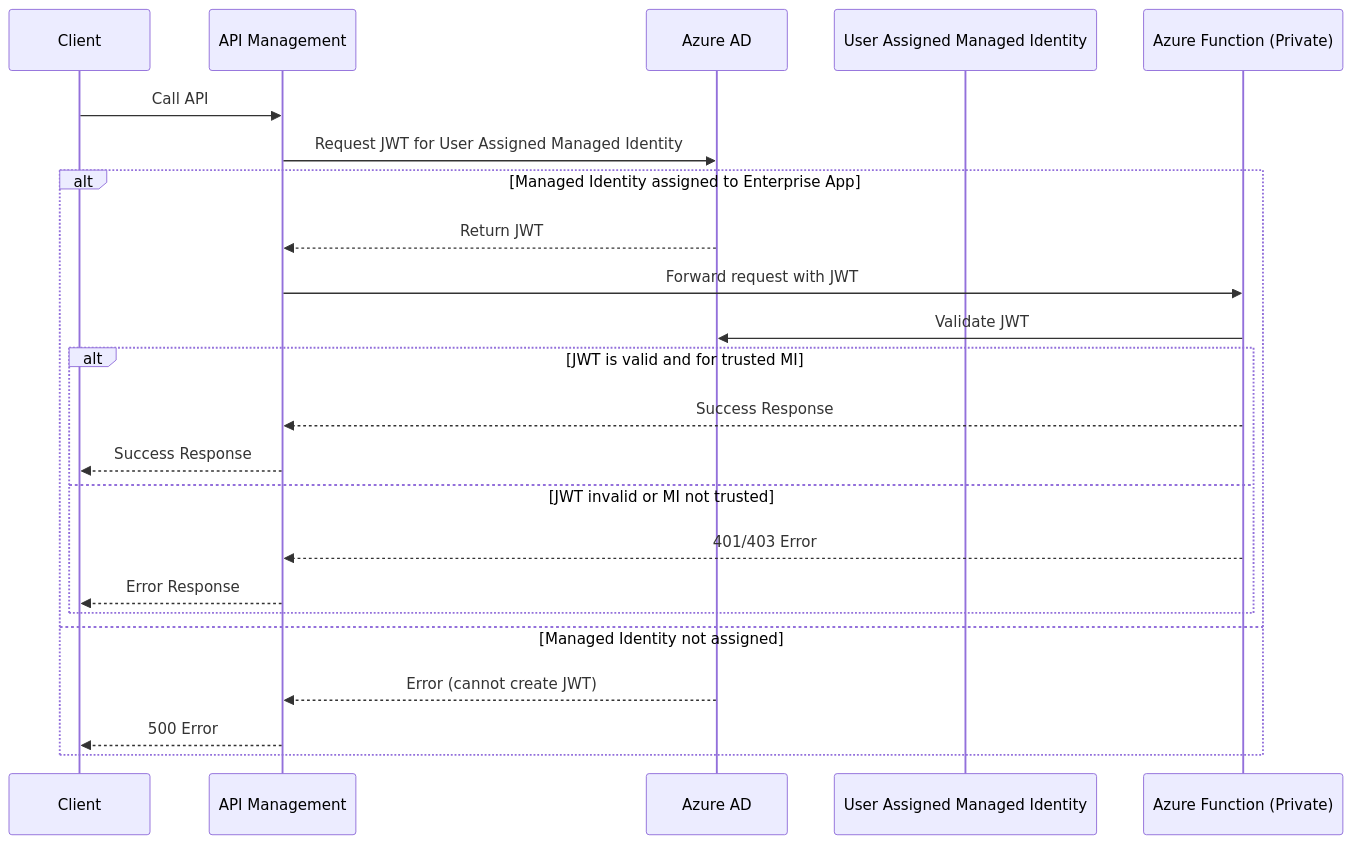
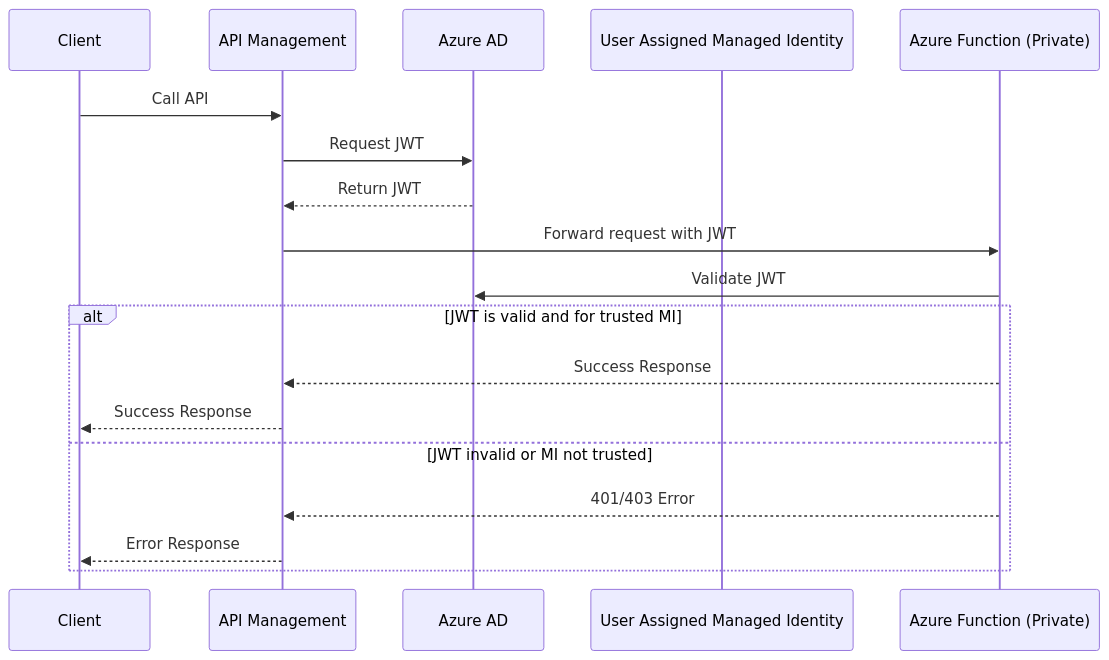
Before and after one commit to rukasakurai/apim-managed-identity-functions-containerapps: the diagram in apim-to-function.md, drawn with Mermaid. The commit also changed other lines of this file and 3 other files, not shown here.

Commit message:
Refactor scripts and documentation for Azure Function integration with APIM, including app role management and Easy Auth configuration updates.

````diff
--- a/apim-to-function.md
+++ b/apim-to-function.md
@@ -7,26 +7,21 @@
 ```mermaid
 sequenceDiagram
     participant Client
     participant APIM as API Management
     participant AAD as Azure AD
     participant MI as User Assigned Managed Identity
     participant Function as Azure Function (Private)
 
     Client->>APIM: Call API
-    APIM->>AAD: Request JWT for User Assigned Managed Identity
-    alt Managed Identity assigned to Enterprise App
-        AAD-->>APIM: Return JWT
-        APIM->>Function: Forward request with JWT
-        Function->>AAD: Validate JWT
-        alt JWT is valid and for trusted MI
-            Function-->>APIM: Success Response
-            APIM-->>Client: Success Response
-        else JWT invalid or MI not trusted
-            Function-->>APIM: 401/403 Error
-            APIM-->>Client: Error Response
-        end
-    else Managed Identity not assigned
-        AAD-->>APIM: Error (cannot create JWT)
-        APIM-->>Client: 500 Error
+    APIM->>AAD: Request JWT
+    AAD-->>APIM: Return JWT
+    APIM->>Function: Forward request with JWT
+    Function->>AAD: Validate JWT
+    alt JWT is valid and for trusted MI
+        Function-->>APIM: Success Response
+        APIM-->>Client: Success Response
+    else JWT invalid or MI not trusted
+        Function-->>APIM: 401/403 Error
+        APIM-->>Client: Error Response
     end
 ```
````
